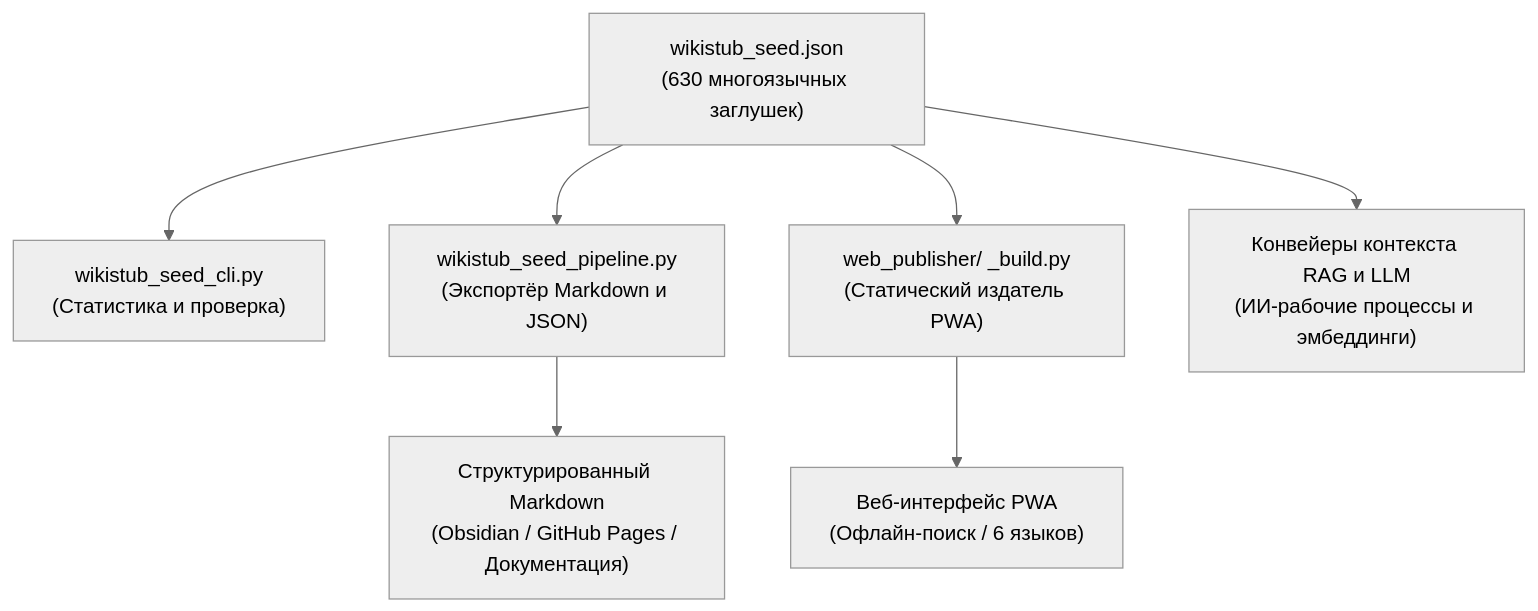
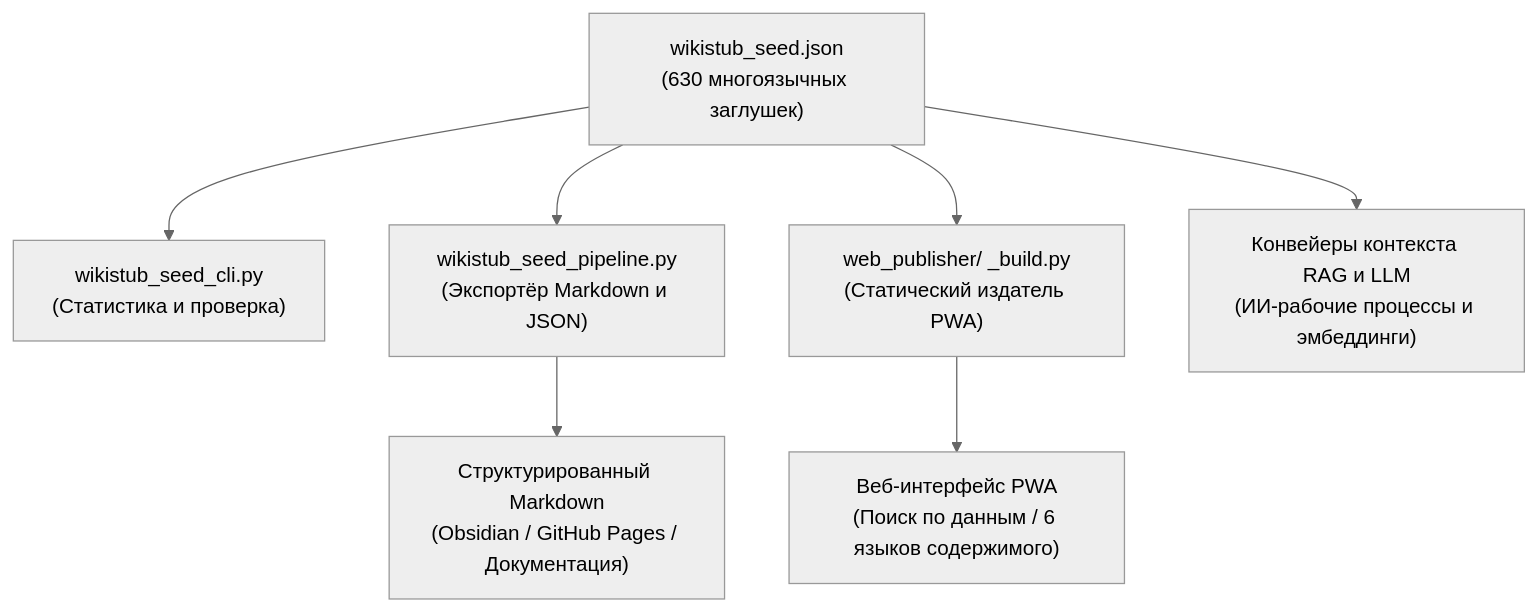
One commit to dev-bricks/WikiStub-Seed changed the diagram in README_ru.md. Above: the diagram before and after it, drawn with Mermaid (neutral theme). The commit also changed other lines of this file and 32 other files, not shown here.

````diff
--- a/README_ru.md
+++ b/README_ru.md
@@ -50,9 +43,9 @@
 ```mermaid
 flowchart TD
     A["wikistub_seed.json<br/>(630 многоязычных заглушек)"] --> B["wikistub_seed_cli.py<br/>(Статистика и проверка)"]
     A --> C["wikistub_seed_pipeline.py<br/>(Экспортёр Markdown и JSON)"]
     A --> D["web_publisher/ _build.py<br/>(Статический издатель PWA)"]
     A --> E["Конвейеры контекста RAG и LLM<br/>(ИИ-рабочие процессы и эмбеддинги)"]
     C --> F["Структурированный Markdown<br/>(Obsidian / GitHub Pages / Документация)"]
-    D --> G["Веб-интерфейс PWA<br/>(Офлайн-поиск / 6 языков)"]
+    D --> G["Веб-интерфейс PWA<br/>(Поиск по данным / 6 языков содержимого)"]
 ```
````
